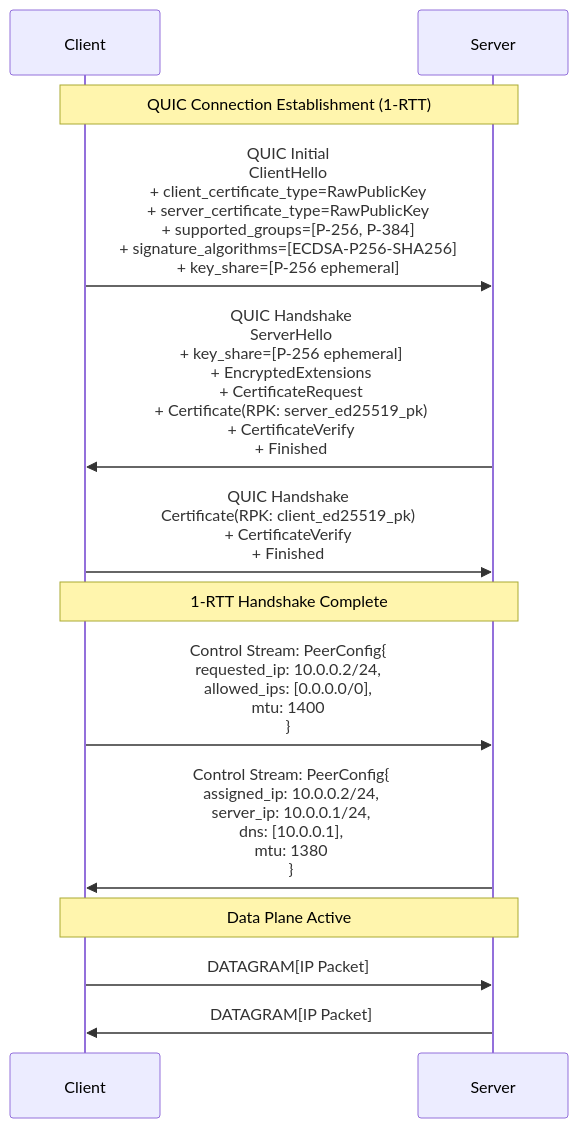
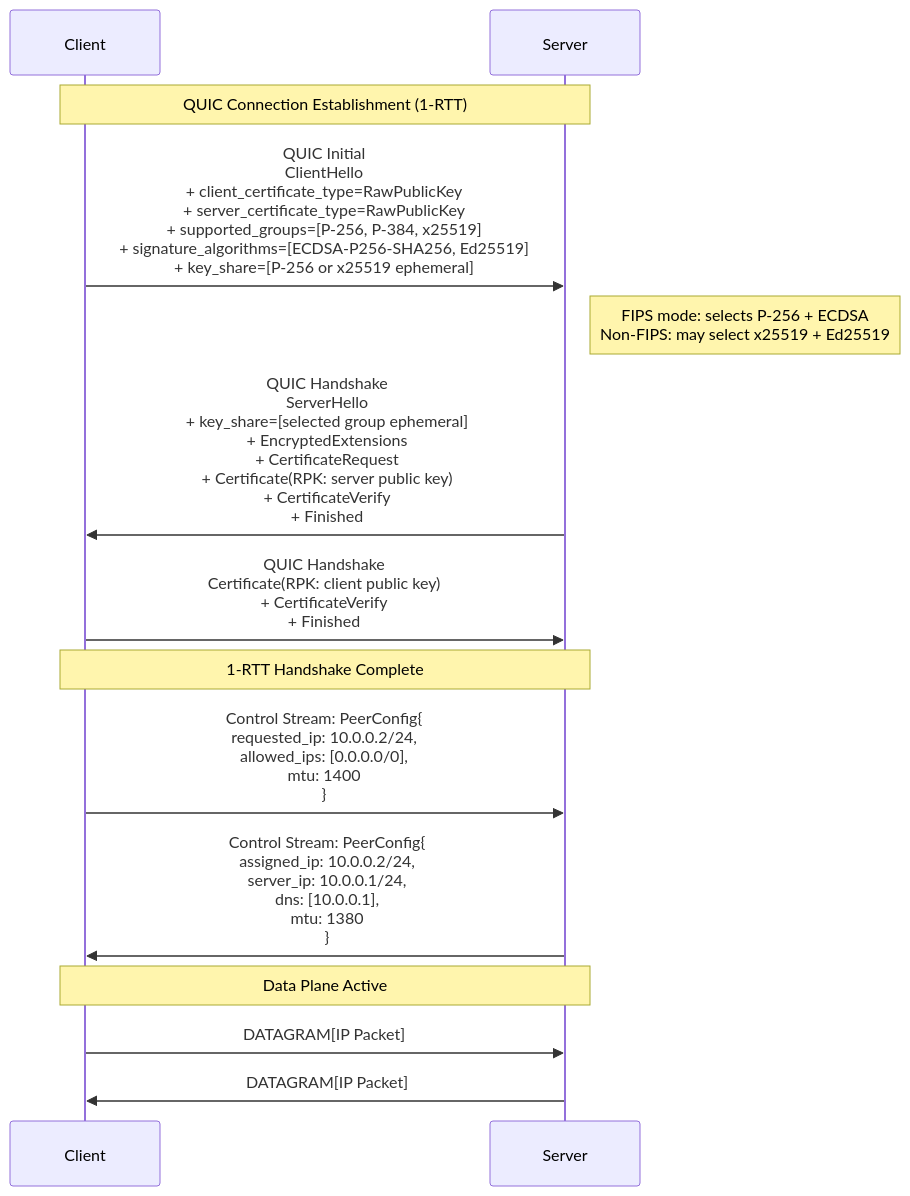
The second of 4 diagrams in docs/whitepaper.md (ghatdev/quictun), drawn with Mermaid before and after one commit. The commit also changed other lines of this file, not shown here.

````diff
--- a/docs/whitepaper.md
+++ b/docs/whitepaper.md
@@ -269,24 +269,26 @@
 ```mermaid
 sequenceDiagram
     participant C as Client
     participant S as Server
 
     Note over C,S: QUIC Connection Establishment (1-RTT)
 
-    C->>S: QUIC Initial<br/>ClientHello<br/>+ client_certificate_type=RawPublicKey<br/>+ server_certificate_type=RawPublicKey<br/>+ supported_groups=[P-256, P-384]<br/>+ signature_algorithms=[ECDSA-P256-SHA256]<br/>+ key_share=[P-256 ephemeral]
+    C->>S: QUIC Initial<br/>ClientHello<br/>+ client_certificate_type=RawPublicKey<br/>+ server_certificate_type=RawPublicKey<br/>+ supported_groups=[P-256, P-384, x25519]<br/>+ signature_algorithms=[ECDSA-P256-SHA256, Ed25519]<br/>+ key_share=[P-256 or x25519 ephemeral]
 
-    S->>C: QUIC Handshake<br/>ServerHello<br/>+ key_share=[P-256 ephemeral]<br/>+ EncryptedExtensions<br/>+ CertificateRequest<br/>+ Certificate(RPK: server_ed25519_pk)<br/>+ CertificateVerify<br/>+ Finished
+    Note right of S: FIPS mode: selects P-256 + ECDSA<br/>Non-FIPS: may select x25519 + Ed25519
 
-    C->>S: QUIC Handshake<br/>Certificate(RPK: client_ed25519_pk)<br/>+ CertificateVerify<br/>+ Finished
+    S->>C: QUIC Handshake<br/>ServerHello<br/>+ key_share=[selected group ephemeral]<br/>+ EncryptedExtensions<br/>+ CertificateRequest<br/>+ Certificate(RPK: server public key)<br/>+ CertificateVerify<br/>+ Finished
+
+    C->>S: QUIC Handshake<br/>Certificate(RPK: client public key)<br/>+ CertificateVerify<br/>+ Finished
 
     Note over C,S: 1-RTT Handshake Complete
 
     C->>S: Control Stream: PeerConfig{<br/>  requested_ip: 10.0.0.2/24,<br/>  allowed_ips: [0.0.0.0/0],<br/>  mtu: 1400<br/>}
 
     S->>C: Control Stream: PeerConfig{<br/>  assigned_ip: 10.0.0.2/24,<br/>  server_ip: 10.0.0.1/24,<br/>  dns: [10.0.0.1],<br/>  mtu: 1380<br/>}
 
     Note over C,S: Data Plane Active
 
     C->>S: DATAGRAM[IP Packet]
     S->>C: DATAGRAM[IP Packet]
 ```
````
